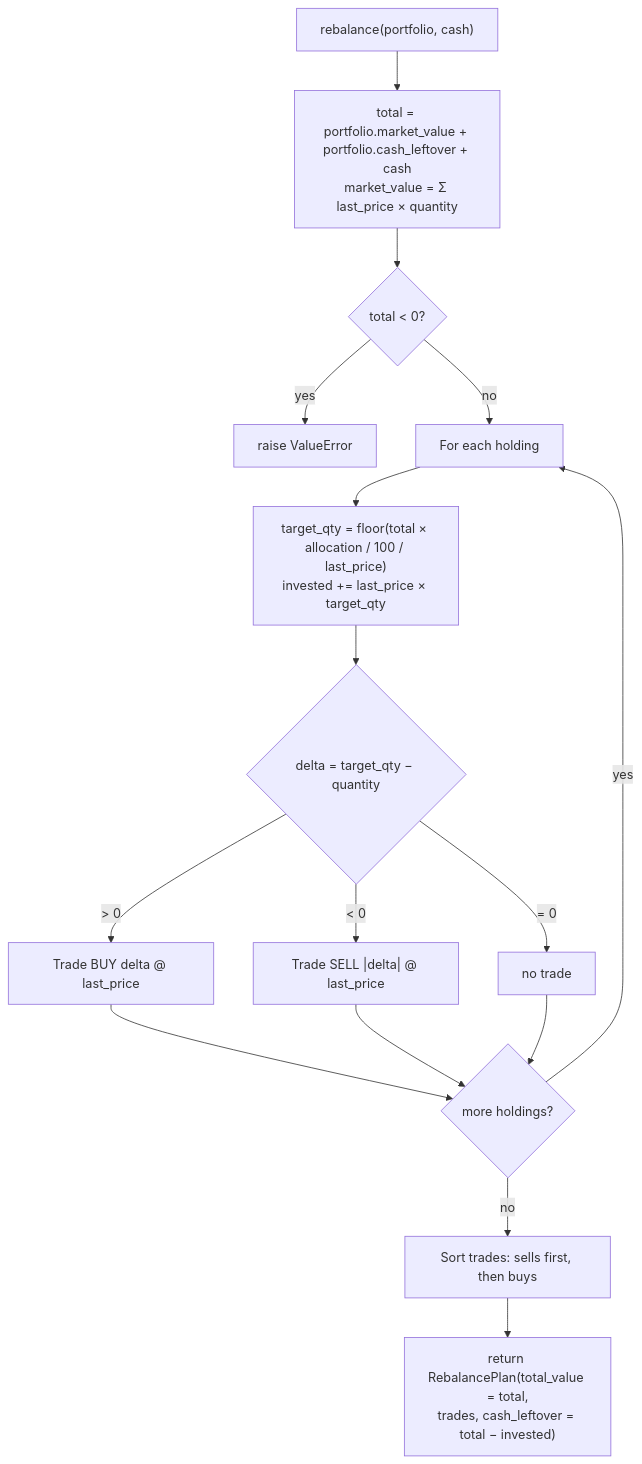
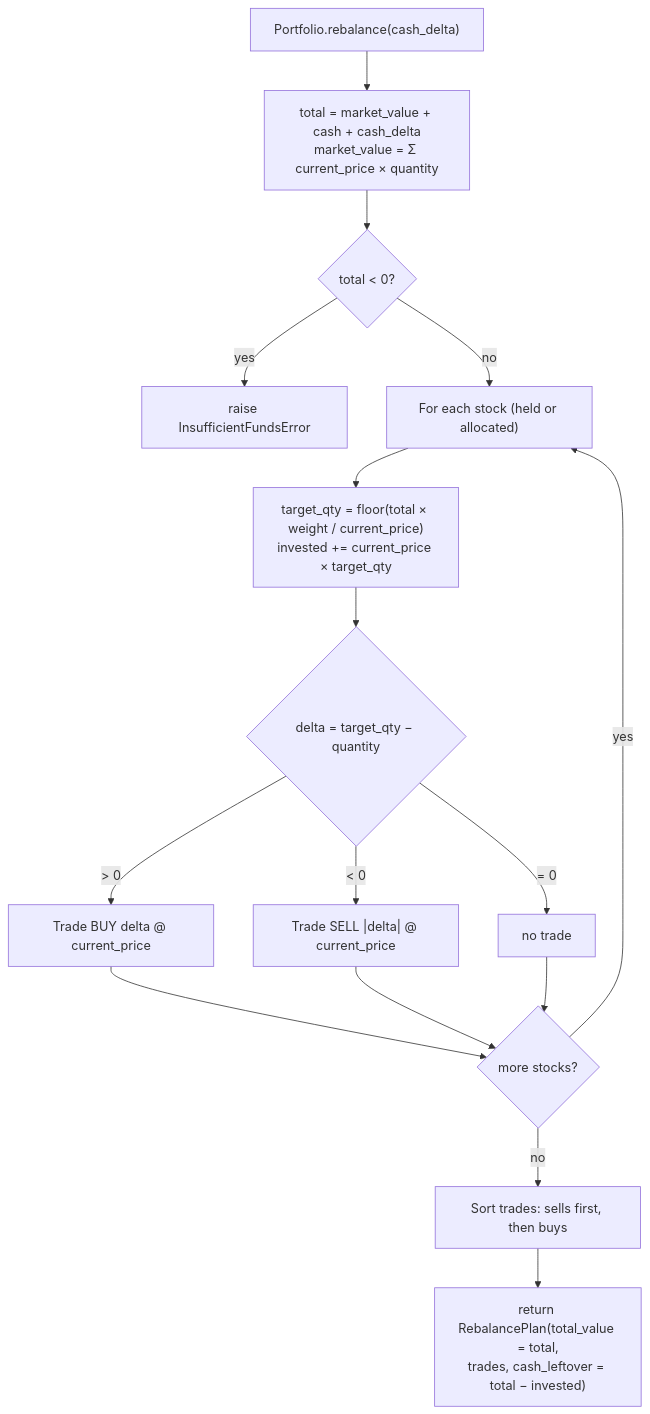
The first of 2 diagrams in README.md (nicoaravena/stock-portfolio), drawn with Mermaid before and after one commit. The commit also changed other lines of this file and 3 other files, not shown here.

````diff
--- a/README.md
+++ b/README.md
@@ -35,16 +99,16 @@
 ```mermaid
 flowchart TD
-    A["rebalance(portfolio, cash)"] --> B["total = portfolio.market_value + portfolio.cash_leftover + cash<br/>market_value = Σ last_price × quantity"]
+    A["Portfolio.rebalance(cash_delta)"] --> B["total = market_value + cash + cash_delta<br/>market_value = Σ current_price × quantity"]
     B --> C{"total < 0?"}
-    C -- yes --> D["raise ValueError"]
-    C -- no --> E["For each holding"]
-    E --> F["target_qty = floor(total × allocation / 100 / last_price)<br/>invested += last_price × target_qty"]
+    C -- yes --> D["raise InsufficientFundsError"]
+    C -- no --> E["For each stock (held or allocated)"]
+    E --> F["target_qty = floor(total × weight / current_price)<br/>invested += current_price × target_qty"]
     F --> G{"delta = target_qty − quantity"}
-    G -- "> 0" --> H["Trade BUY delta @ last_price"]
-    G -- "< 0" --> I["Trade SELL |delta| @ last_price"]
+    G -- "> 0" --> H["Trade BUY delta @ current_price"]
+    G -- "< 0" --> I["Trade SELL |delta| @ current_price"]
     G -- "= 0" --> J["no trade"]
-    H & I & J --> K{"more holdings?"}
+    H & I & J --> K{"more stocks?"}
     K -- yes --> E
     K -- no --> L["Sort trades: sells first, then buys"]
     L --> M["return RebalancePlan(total_value = total,<br/>trades, cash_leftover = total − invested)"]
 ```
````
